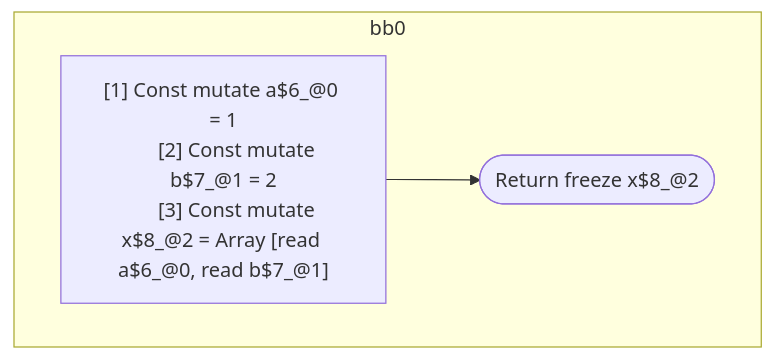
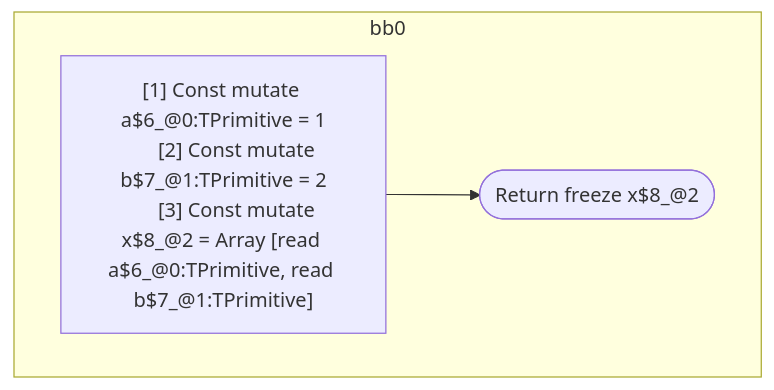
The diagram in compiler/forget/src/__tests__/fixtures/hir/ssa-arrayexpression.expect.md (wutsmog/private), drawn with Mermaid before and after one commit. The commit also changed other lines of this file and 112 other files, not shown here.

````diff
--- a/compiler/forget/src/__tests__/fixtures/hir/ssa-arrayexpression.expect.md
+++ b/compiler/forget/src/__tests__/fixtures/hir/ssa-arrayexpression.expect.md
@@ -45,15 +45,15 @@
 ```mermaid
 flowchart TB
   %% Basic Blocks
   subgraph bb0
     bb0_instrs["
-      [1] Const mutate a$6_@0 = 1
-      [2] Const mutate b$7_@1 = 2
-      [3] Const mutate x$8_@2 = Array [read a$6_@0, read b$7_@1]
+      [1] Const mutate a$6_@0:TPrimitive = 1
+      [2] Const mutate b$7_@1:TPrimitive = 2
+      [3] Const mutate x$8_@2 = Array [read a$6_@0:TPrimitive, read b$7_@1:TPrimitive]
     "]
     bb0_instrs --> bb0_terminal(["Return freeze x$8_@2"])
   end
 
   %% Jumps
   %% empty
 ```
````
